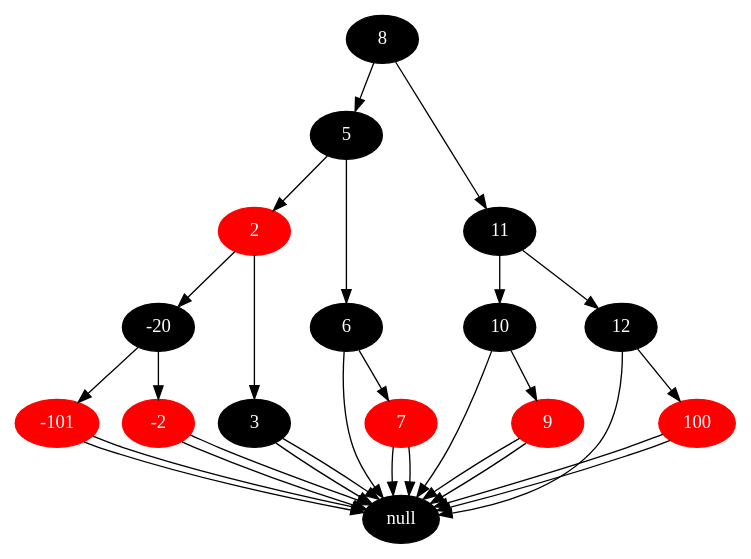
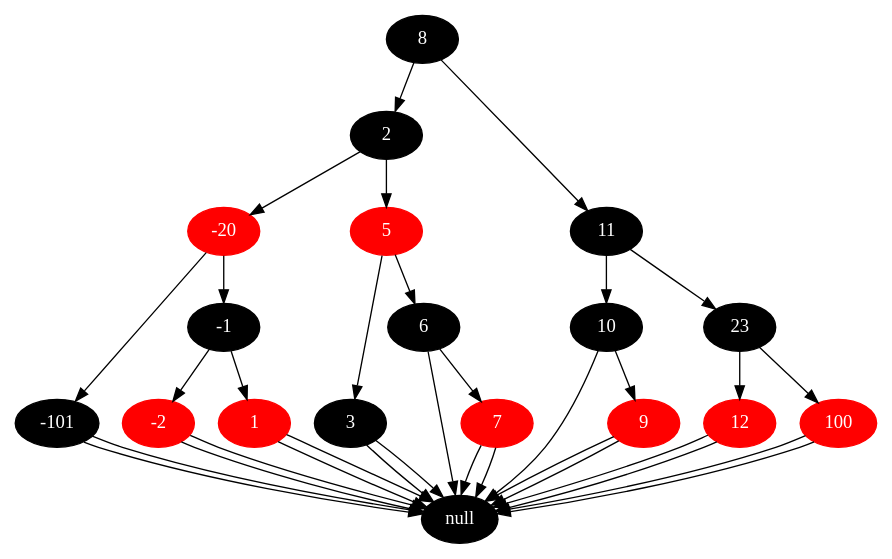
One commit to rvgorlov/Sibsutis_SAOD changed the diagram in Lab1/tree.dot. Above: the diagram before and after it, drawn with Graphviz. The commit also changed 5 other files, not shown here.

```diff
--- a/Lab1/tree.dot
+++ b/Lab1/tree.dot
@@ -1,60 +1,72 @@
 digraph rbtree {
 node [style=filled,fontcolor=white]
 8[color=black]
-5[color=black]
-2[color=red]
--20[color=black]
--101[color=red]
+2[color=black]
+-20[color=red]
+-101[color=black]
 null[color=black]
 -101 -> null
 null[color=black]
 -101 -> null
 -20 -> -101
+-1[color=black]
 -2[color=red]
 null[color=black]
 -2 -> null
 null[color=black]
 -2 -> null
--20 -> -2
+-1 -> -2
+1[color=red]
+null[color=black]
+1 -> null
+null[color=black]
+1 -> null
+-1 -> 1
+-20 -> -1
 2 -> -20
+5[color=red]
 3[color=black]
 null[color=black]
 3 -> null
 null[color=black]
 3 -> null
-2 -> 3
-5 -> 2
+5 -> 3
 6[color=black]
 null[color=black]
 6 -> null
 7[color=red]
 null[color=black]
 7 -> null
 null[color=black]
 7 -> null
 6 -> 7
 5 -> 6
-8 -> 5
+2 -> 5
+8 -> 2
 11[color=black]
 10[color=black]
 9[color=red]
 null[color=black]
 9 -> null
 null[color=black]
 9 -> null
 10 -> 9
 null[color=black]
 10 -> null
 11 -> 10
-12[color=black]
+23[color=black]
+12[color=red]
 null[color=black]
 12 -> null
+null[color=black]
+12 -> null
+23 -> 12
 100[color=red]
 null[color=black]
 100 -> null
 null[color=black]
 100 -> null
-12 -> 100
-11 -> 12
+23 -> 100
+11 -> 23
 8 -> 11
 }
```
